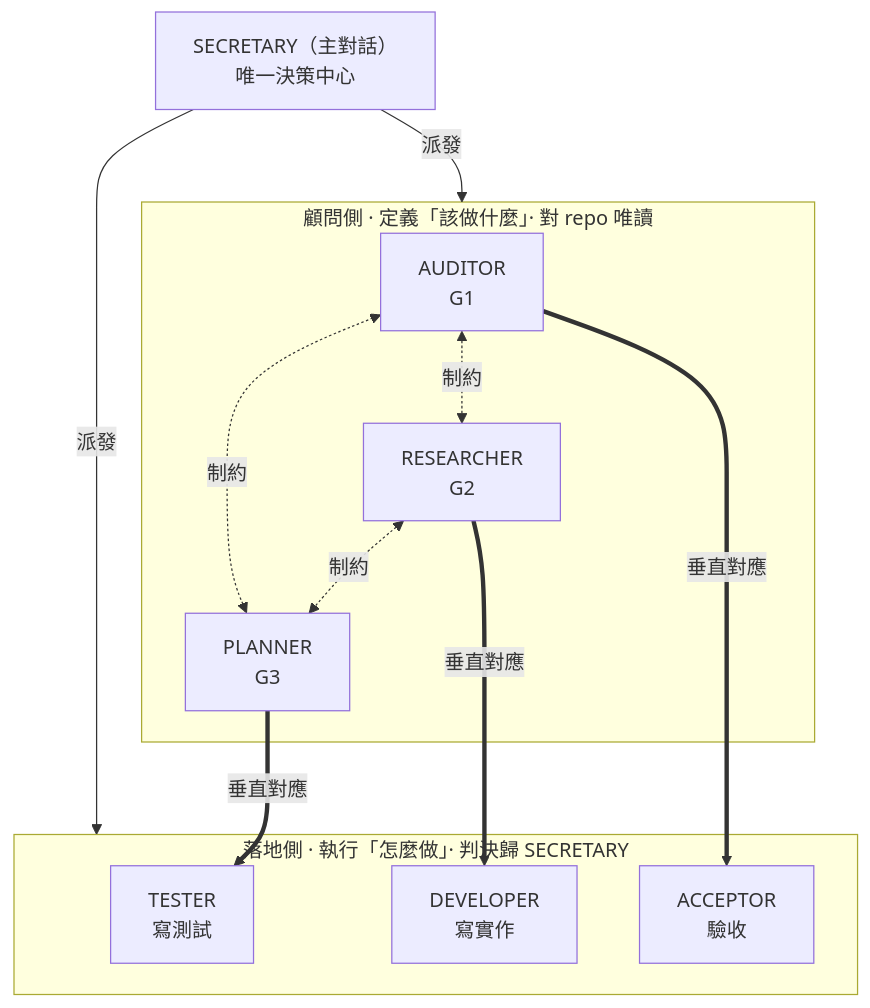
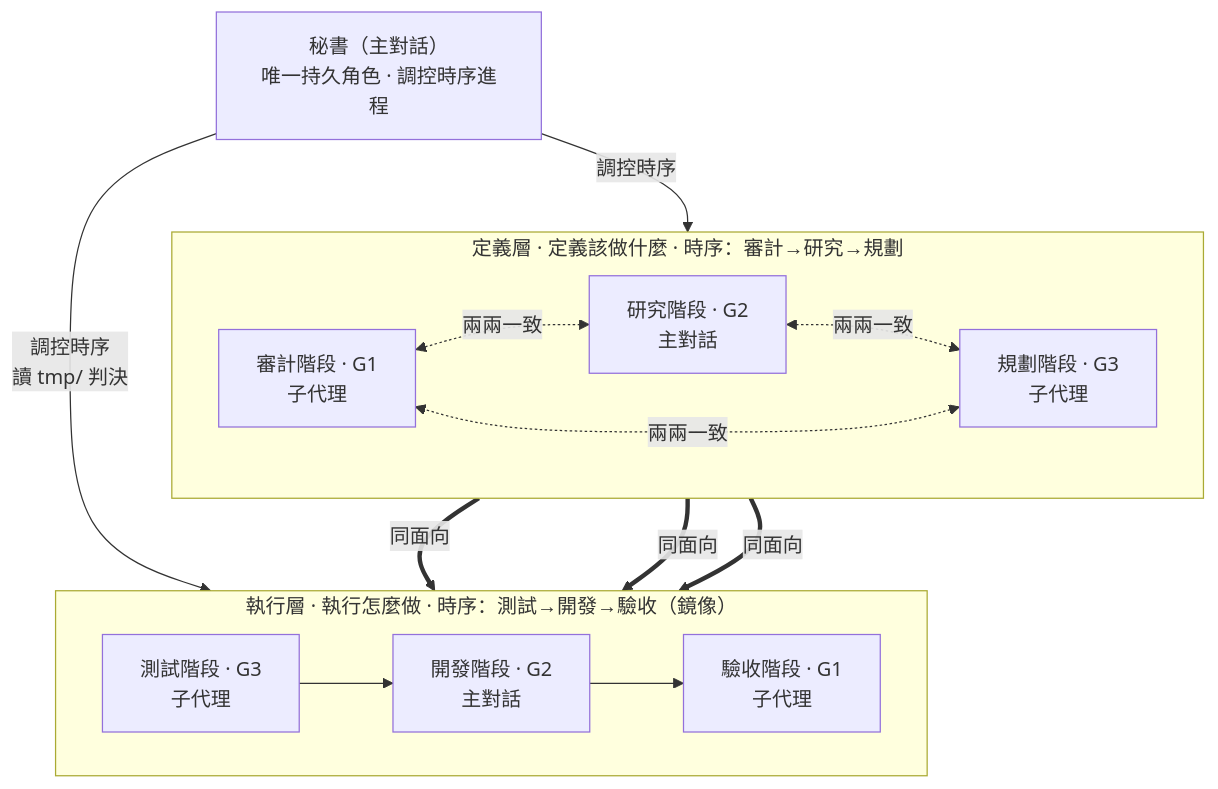
The second of 2 diagrams in README.md (teps3105/shiftblame), drawn with Mermaid before and after one commit. The commit also changed other lines of this file and 29 other files, not shown here.

````diff
--- a/README.md
+++ b/README.md
@@ -93,18 +99,20 @@
 ```mermaid
 flowchart TB
-    SEC["SECRETARY（主對話）<br/>唯一決策中心"]
-    subgraph Top["顧問側 · 定義「該做什麼」· 對 repo 唯讀"]
-        AUD["AUDITOR<br/>G1"] <-.制約.-> RES["RESEARCHER<br/>G2"]
-        RES <-.制約.-> PLA["PLANNER<br/>G3"]
-        PLA <-.制約.-> AUD
+    SEC["秘書（主對話）<br/>唯一持久角色 · 調控時序進程"]
+    subgraph Consult["定義層 · 定義該做什麼 · 時序：審計→研究→規劃"]
+        direction LR
+        G1["審計階段 · G1<br/>子代理"] <-.兩兩一致.-> G2["研究階段 · G2<br/>主對話"]
+        G2 <-.兩兩一致.-> G3["規劃階段 · G3<br/>子代理"]
+        G3 <-.兩兩一致.-> G1
     end
-    subgraph Bottom["落地側 · 執行「怎麼做」· 判決歸 SECRETARY"]
-        TST["TESTER<br/>寫測試"]
-        DEV["DEVELOPER<br/>寫實作"]
-        ACC["ACCEPTOR<br/>驗收"]
+    subgraph Build["執行層 · 執行怎麼做 · 時序：測試→開發→驗收（鏡像）"]
+        direction LR
+        TST["測試階段 · G3<br/>子代理"] --> DEV["開發階段 · G2<br/>主對話"]
+        DEV --> ACC["驗收階段 · G1<br/>子代理"]
     end
-    SEC -- 派發 --> Top & Bottom
-    AUD == 垂直對應 ==> ACC
-    RES == 垂直對應 ==> DEV
-    PLA == 垂直對應 ==> TST
+    SEC -- 調控時序 --> Consult
+    SEC -- 調控時序<br/>讀 tmp/ 判決 --> Build
+    G1 == 同面向 ==> ACC
+    G2 == 同面向 ==> DEV
+    G3 == 同面向 ==> TST
 ```
````
